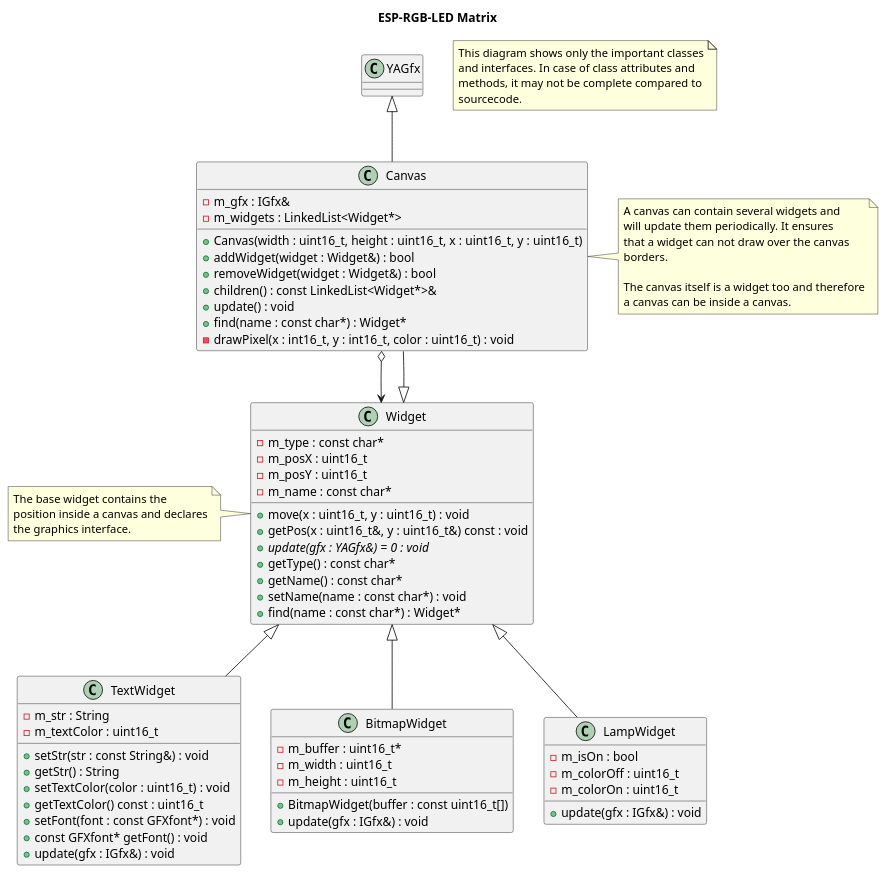
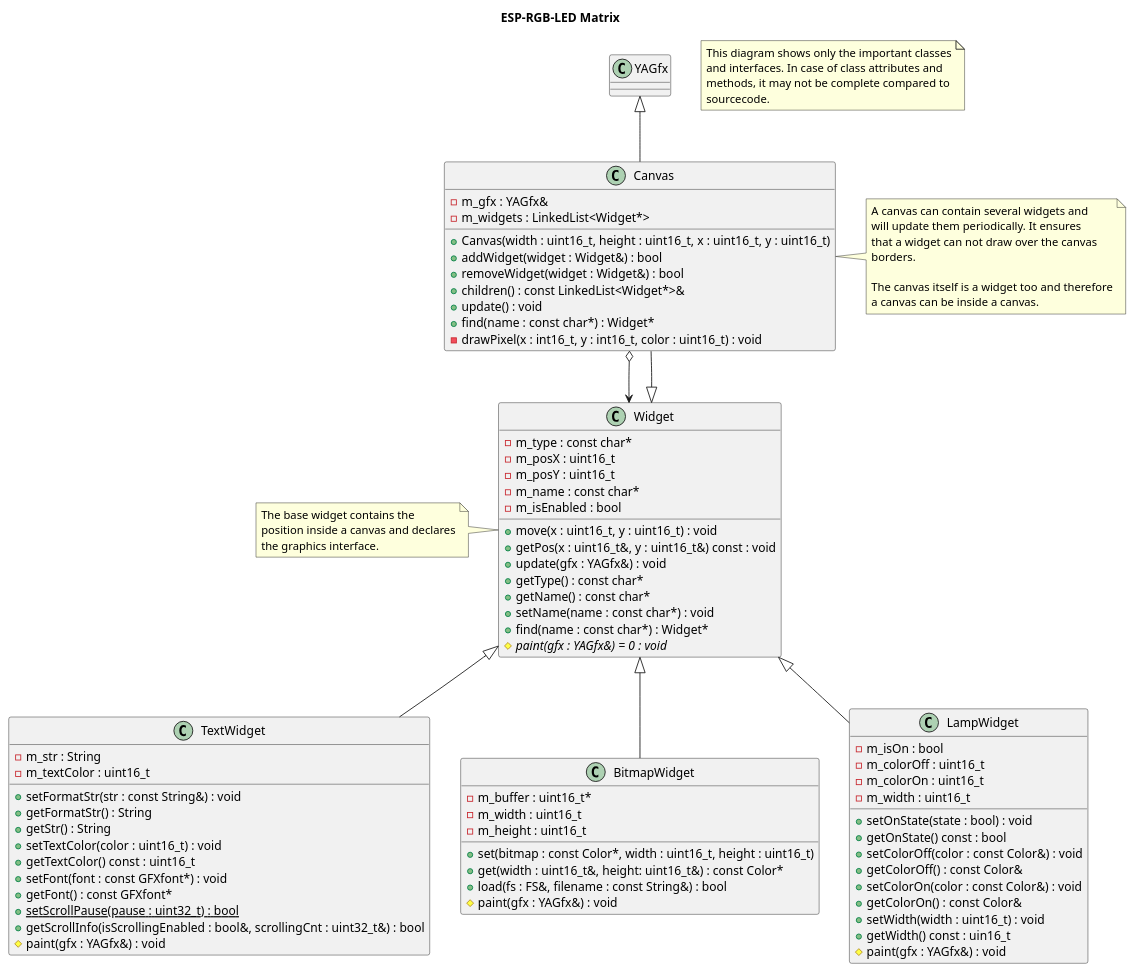
One commit to BlueAndi/Pixelix changed the diagram in doc/design/widgets.plantuml. Above: the diagram before and after it, drawn with PlantUML. The commit also changed 10 other files, not shown here.

Commit message:
A widget can now be enabled or disabled. Only a enabled widget is drawn otherwise not.

```diff
--- a/doc/design/widgets.plantuml
+++ b/doc/design/widgets.plantuml
@@ -1,93 +1,109 @@
 @startuml
 
 title ESP-RGB-LED Matrix
 
 note as N1
     This diagram shows only the important classes
     and interfaces. In case of class attributes and
     methods, it may not be complete compared to
     sourcecode.
 end note
 
 class YAGfx
 
 class Canvas {
-    - m_gfx : IGfx&
+    - m_gfx : YAGfx&
     - m_widgets : LinkedList<Widget*>
     + Canvas(width : uint16_t, height : uint16_t, x : uint16_t, y : uint16_t)
     + addWidget(widget : Widget&) : bool
     + removeWidget(widget : Widget&) : bool
     + children() : const LinkedList<Widget*>&
     + update() : void
     + find(name : const char*) : Widget*
     - drawPixel(x : int16_t, y : int16_t, color : uint16_t) : void
 }
 
 YAGfx <|-- Canvas
 Widget <|-- Canvas
 Canvas o--> Widget
 
 note right of Canvas
     A canvas can contain several widgets and
     will update them periodically. It ensures
     that a widget can not draw over the canvas
     borders.
 
     The canvas itself is a widget too and therefore
     a canvas can be inside a canvas.
 end note
 
 class Widget {
     - m_type : const char*
     - m_posX : uint16_t
     - m_posY : uint16_t
     - m_name : const char*
+    - m_isEnabled : bool
     + move(x : uint16_t, y : uint16_t) : void
     + getPos(x : uint16_t&, y : uint16_t&) const : void
-    + {abstract} update(gfx : YAGfx&) = 0 : void
+    + update(gfx : YAGfx&) : void
     + getType() : const char*
     + getName() : const char*
     + setName(name : const char*) : void
     + find(name : const char*) : Widget*
+    # {abstract} paint(gfx : YAGfx&) = 0 : void
 }
 
 note left of Widget
     The base widget contains the
     position inside a canvas and declares
     the graphics interface.
 end note
 
 class TextWidget {
     - m_str : String
     - m_textColor : uint16_t
-    + setStr(str : const String&) : void
+    + setFormatStr(str : const String&) : void
+    + getFormatStr() : String
     + getStr() : String
     + setTextColor(color : uint16_t) : void
     + getTextColor() const : uint16_t
     + setFont(font : const GFXfont*) : void
-    + const GFXfont* getFont() : void
-    + update(gfx : IGfx&) : void
+    + getFont() : const GFXfont*
+    + {static} setScrollPause(pause : uint32_t) : bool
+    + getScrollInfo(isScrollingEnabled : bool&, scrollingCnt : uint32_t&) : bool
+    # paint(gfx : YAGfx&) : void
 }
 
 Widget <|-- TextWidget
 
 class BitmapWidget {
     - m_buffer : uint16_t*
     - m_width : uint16_t
     - m_height : uint16_t
-    + BitmapWidget(buffer : const uint16_t[])
-    + update(gfx : IGfx&) : void
+    + set(bitmap : const Color*, width : uint16_t, height : uint16_t)
+    + get(width : uint16_t&, height: uint16_t&) : const Color*
+    + load(fs : FS&, filename : const String&) : bool
+    # paint(gfx : YAGfx&) : void
 }
 
 Widget <|-- BitmapWidget
 
 class LampWidget {
     - m_isOn : bool
     - m_colorOff : uint16_t
     - m_colorOn : uint16_t
-    + update(gfx : IGfx&) : void
+    - m_width : uint16_t
+    + setOnState(state : bool) : void
+    + getOnState() const : bool
+    + setColorOff(color : const Color&) : void
+    + getColorOff() : const Color&
+    + setColorOn(color : const Color&) : void
+    + getColorOn() : const Color&
+    + setWidth(width : uint16_t) : void
+    + getWidth() const : uin16_t
+    # paint(gfx : YAGfx&) : void
 }
 
 Widget <|-- LampWidget
 
 @enduml
```
